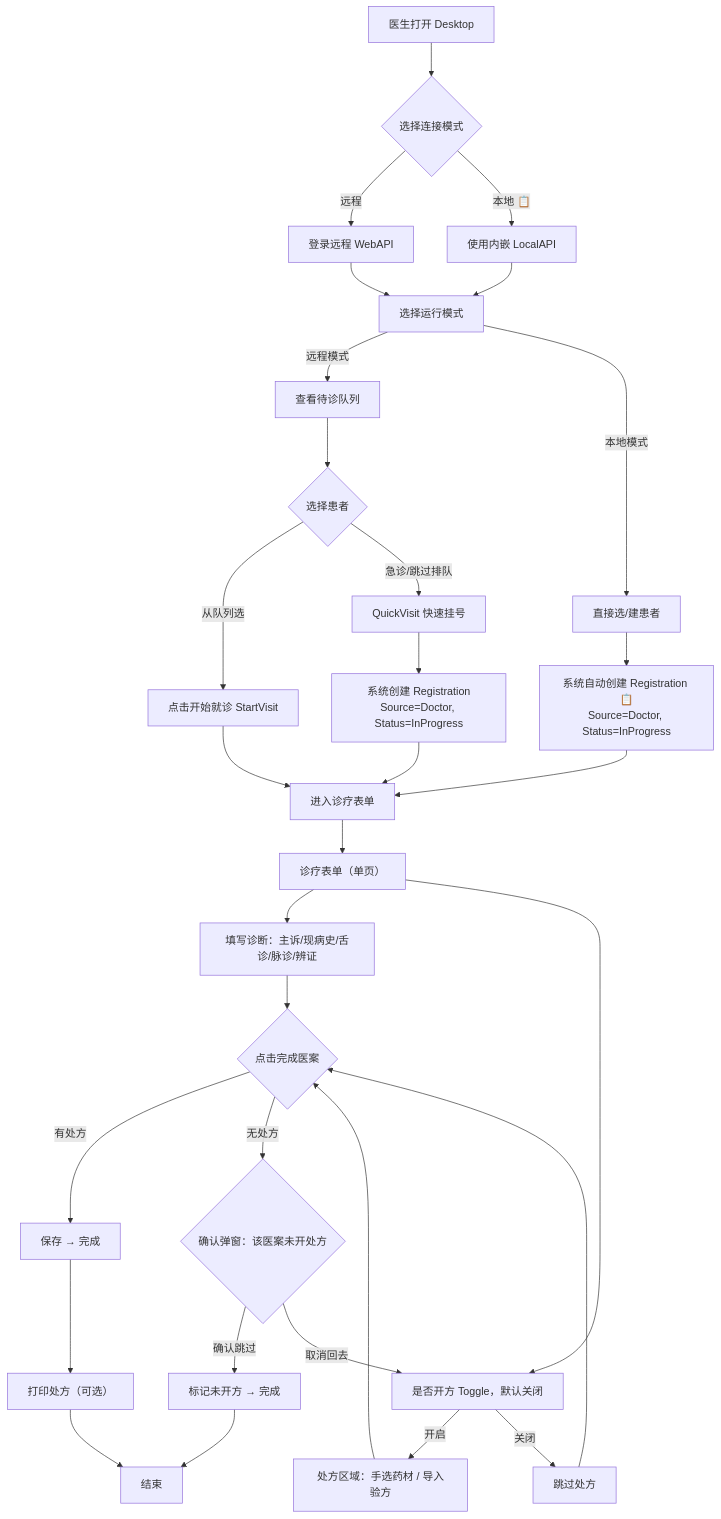
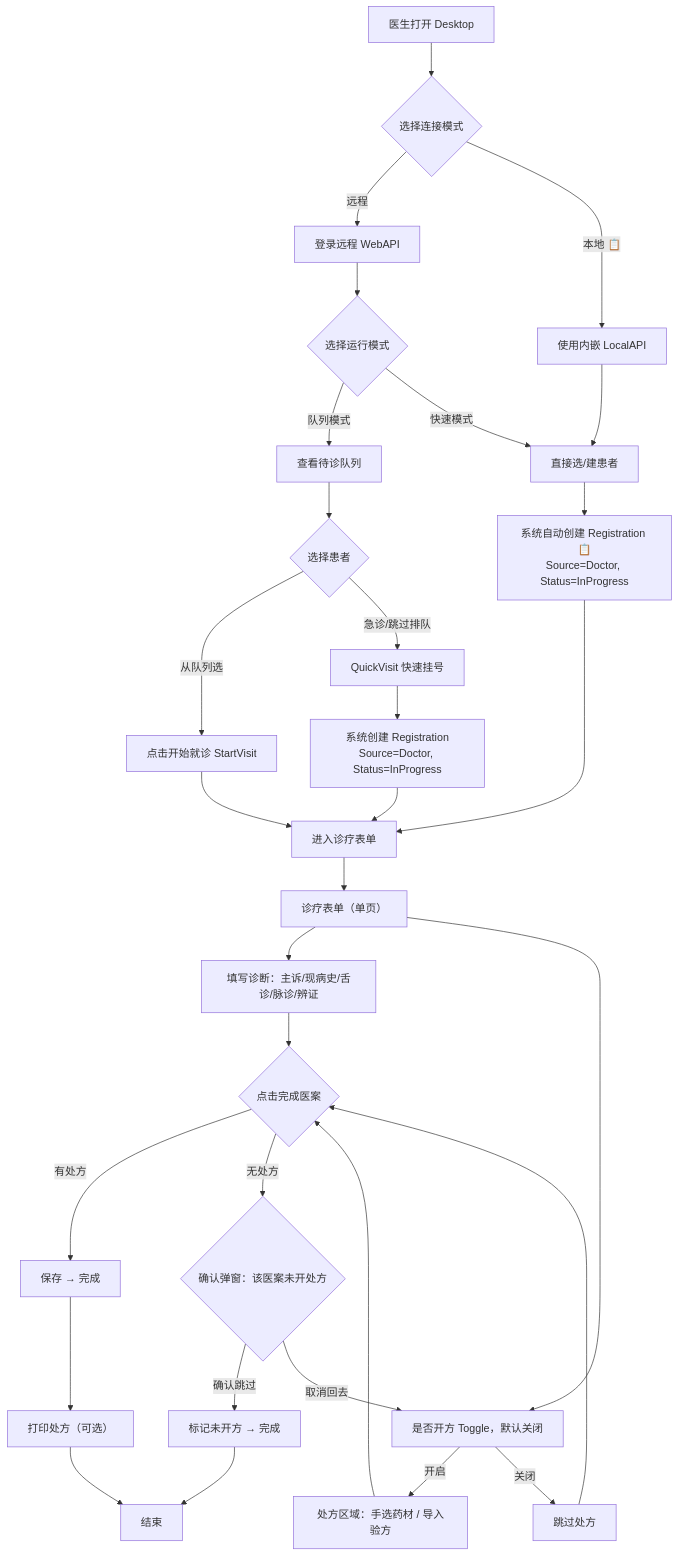
One commit to shouqitao/LYBTZYZS changed the eighth of 11 diagrams in docs/01-product/02-personas.md. Above: the diagram before and after it, drawn with Mermaid.

Commit message:
docs(personas): fix Doctor flowchart — local mode skips run mode selection

````diff
--- a/docs/01-product/02-personas.md
+++ b/docs/01-product/02-personas.md
@@ -240,32 +240,32 @@
 ```mermaid
 flowchart TD
     A[医生打开 Desktop] --> B{选择连接模式}
     B -->|远程| C[登录远程 WebAPI]
     B -->|本地 📋| D[使用内嵌 LocalAPI]
-    C --> E[选择运行模式]
-    D --> E
-    E -->|远程模式| F[查看待诊队列]
-    E -->|本地模式| G[直接选/建患者]
+    C --> E{选择运行模式}
+    E -->|队列模式| F[查看待诊队列]
+    E -->|快速模式| G[直接选/建患者]
+    D --> G
     F --> H{选择患者}
     H -->|从队列选| I[点击开始就诊 StartVisit]
     H -->|急诊/跳过排队| J[QuickVisit 快速挂号]
     J --> J1[系统创建 Registration\nSource=Doctor, Status=InProgress]
     G --> G1[系统自动创建 Registration 📋\nSource=Doctor, Status=InProgress]
     G1 --> K[进入诊疗表单]
     J1 --> K
     I --> K
     K --> L[诊疗表单（单页）]
     L --> L1[填写诊断：主诉/现病史/舌诊/脉诊/辨证]
     L --> L2[是否开方 Toggle，默认关闭]
     L2 -->|开启| L3[处方区域：手选药材 / 导入验方]
     L2 -->|关闭| L4[跳过处方]
 
     L1 & L3 & L4 --> M{点击完成医案}
     M -->|有处方| N[保存 → 完成]
     M -->|无处方| O{确认弹窗：该医案未开处方}
     O -->|确认跳过| P[标记未开方 → 完成]
     O -->|取消回去| L2
     N --> Q[打印处方（可选）]
     P --> R[结束]
     Q --> R
 ```
````
